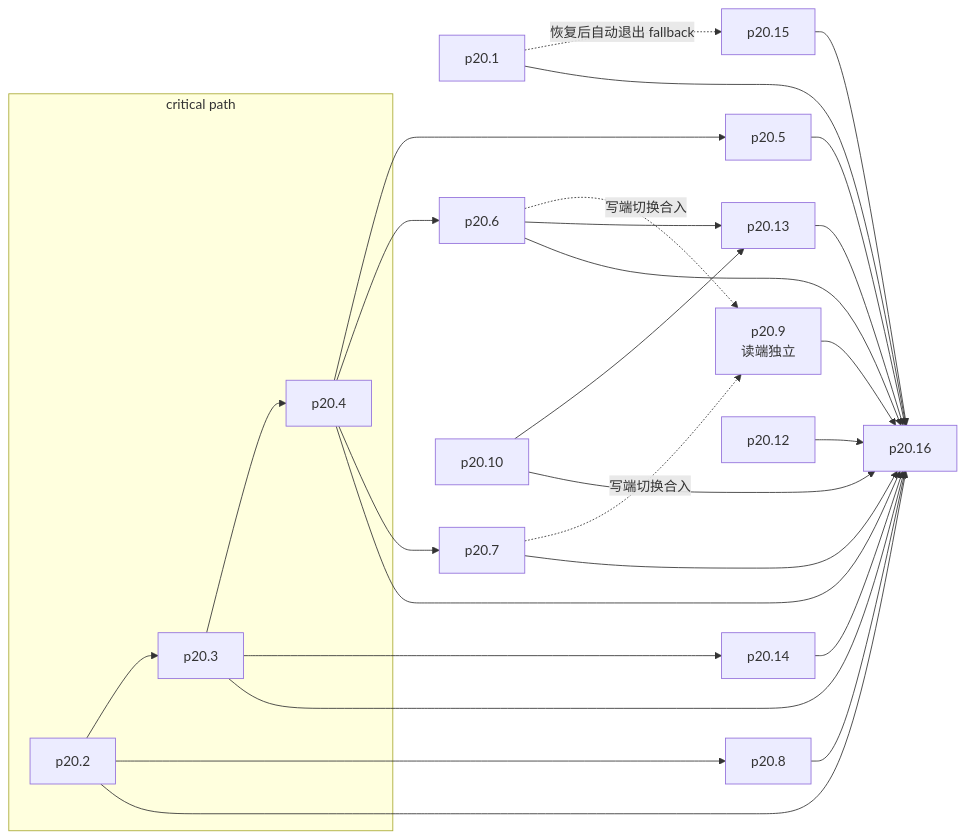
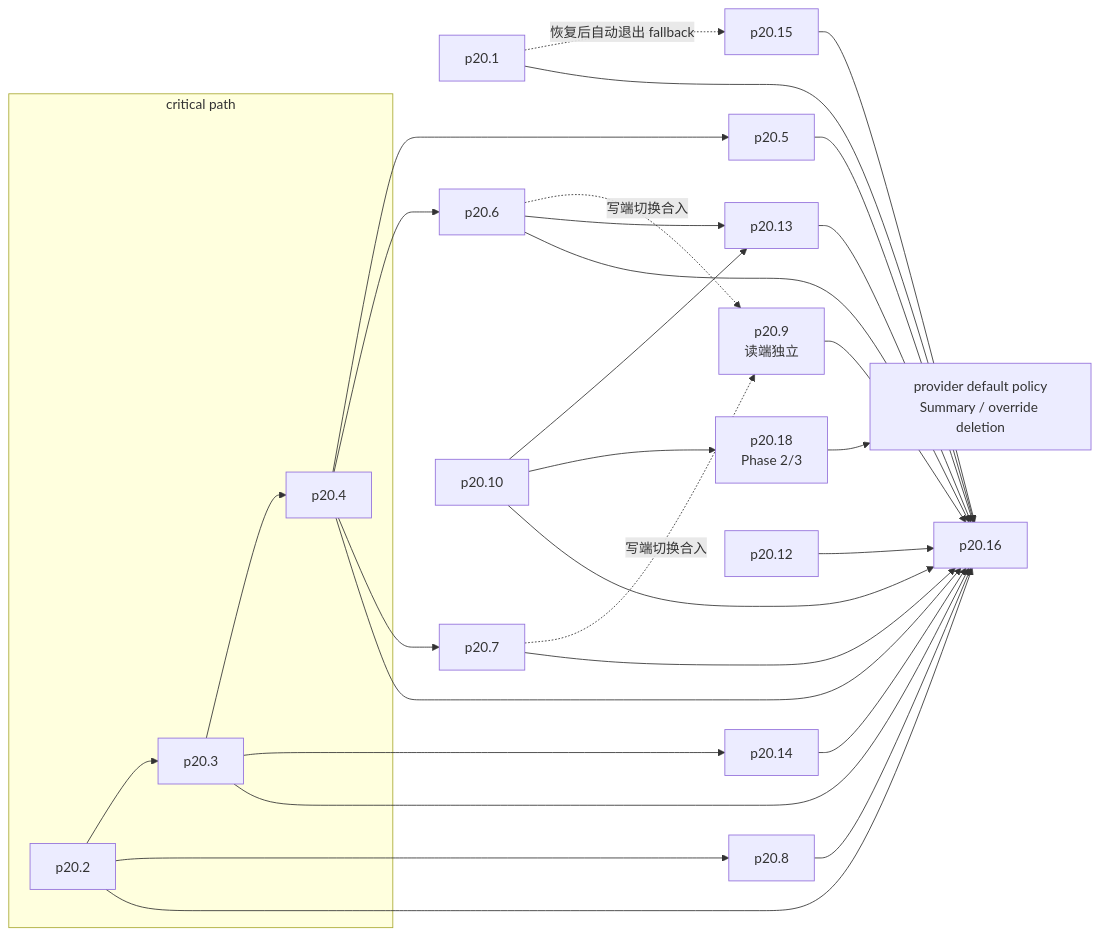
One commit to lihah111222333-cloud/Super-Dolphin-Agent-Cockpit changed the first of 2 diagrams in docs/plans/迁移/p20/README.md. Above: the diagram before and after it, drawn with Mermaid. The commit also changed other lines of this file and 2 other files, not shown here.

````diff
--- a/docs/plans/迁移/p20/README.md
+++ b/docs/plans/迁移/p20/README.md
@@ -56,37 +60,39 @@
 ```mermaid
 flowchart LR
   subgraph CP[critical path]
     P202[p20.2] --> P203[p20.3] --> P204[p20.4]
   end
 
   P201[p20.1] -.恢复后自动退出 fallback.-> P2015[p20.15]
   P202 --> P208[p20.8]
   P204 --> P205[p20.5]
   P204 --> P206[p20.6]
   P204 --> P207[p20.7]
   P203 --> P2014[p20.14]
 
   P209[p20.9<br/>读端独立]
   P206 -.写端切换合入.-> P209
   P207 -.写端切换合入.-> P209
 
   P2010[p20.10]
   P2010 --> P2013[p20.13]
+  P2010 --> P2018[p20.18<br/>Phase 2/3]
+  P2018 --> DEFAULT[provider default policy<br/>Summary / override deletion]
   P206 --> P2013
 
   P201 --> P2016[p20.16]
   P202 --> P2016
   P203 --> P2016
   P204 --> P2016
   P205 --> P2016
   P206 --> P2016
   P207 --> P2016
   P208 --> P2016
   P209 --> P2016
   P2010 --> P2016
 
   P2012[p20.12] --> P2016
   P2013 --> P2016
   P2014 --> P2016
   P2015 --> P2016
 ```
````
